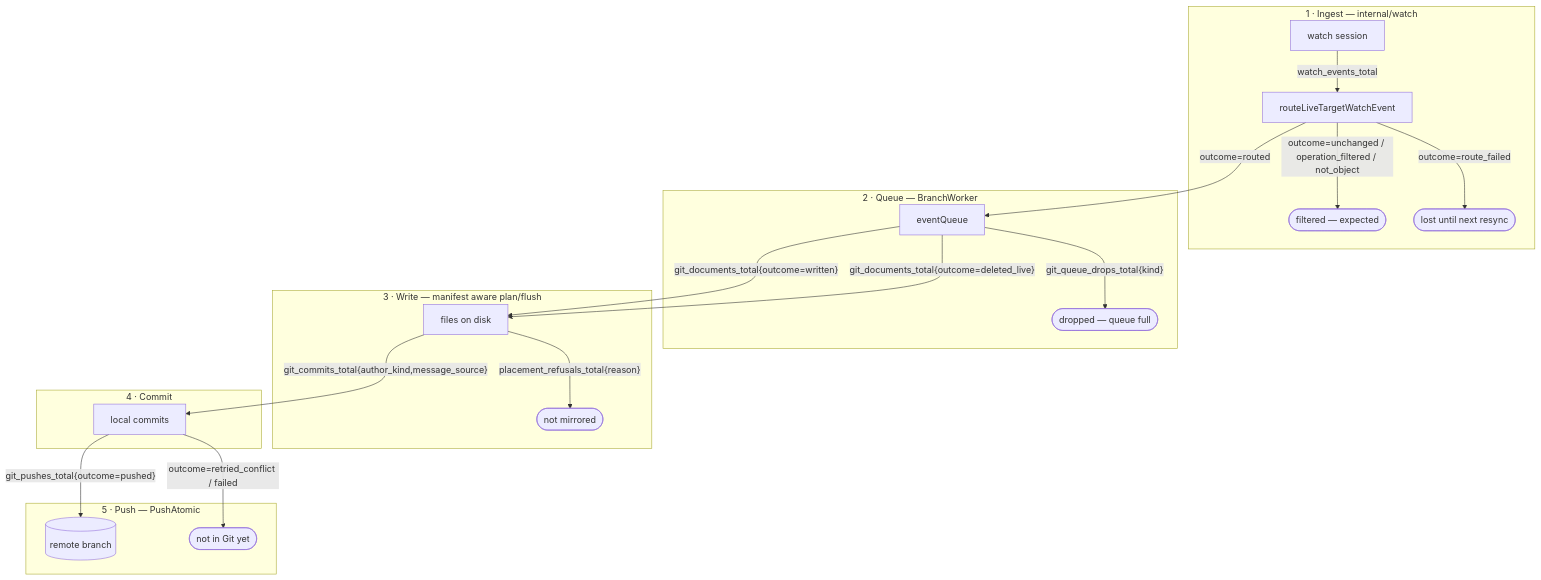
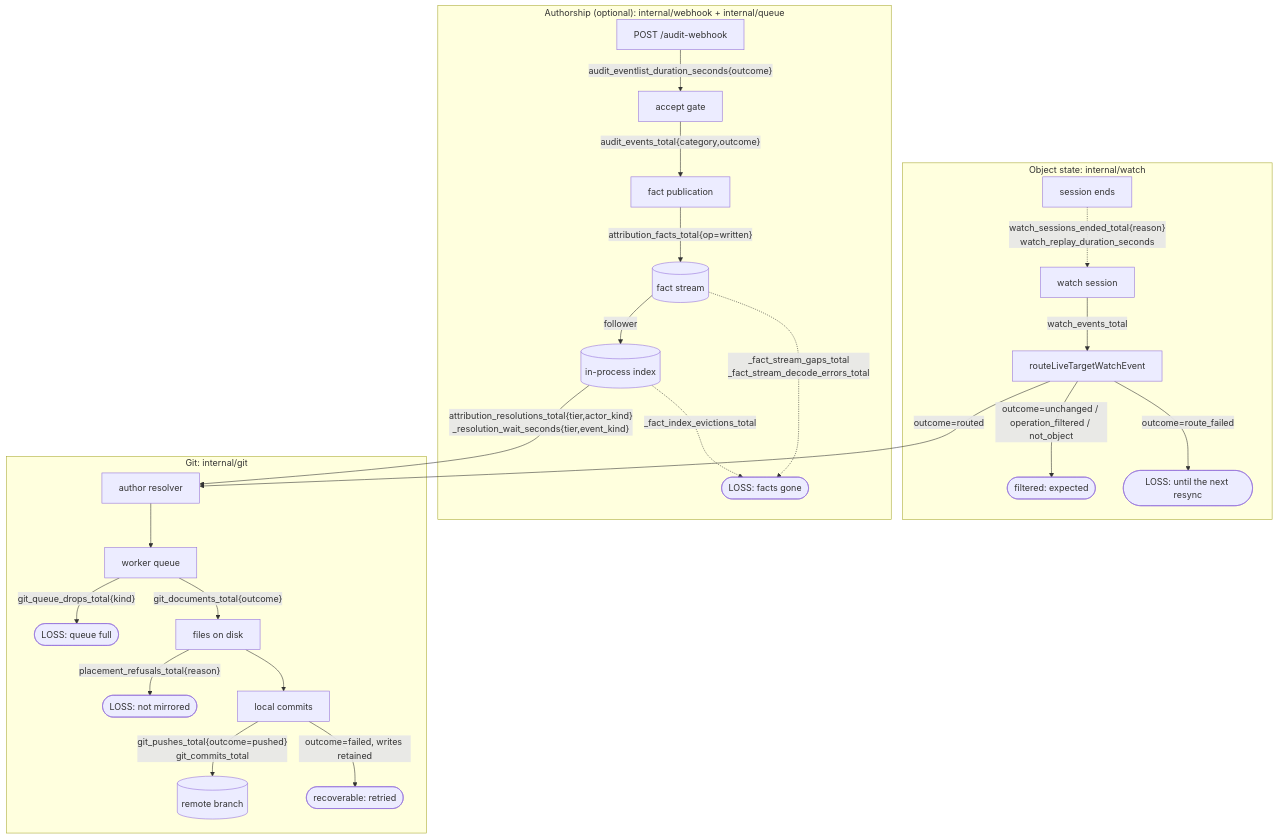
One commit to ConfigButler/gitops-reverser changed the diagram in docs/design/metrics-observability-plan.md. Above: the diagram before and after it, drawn with Mermaid. The commit also changed other lines of this file and 39 other files, not shown here.

First line of the commit message:
feat(metrics)!: instrument the ingest stage, the audit door, and remote clusters

````diff
--- a/docs/design/metrics-observability-plan.md
+++ b/docs/design/metrics-observability-plan.md
@@ -174,24 +209,28 @@
 ```mermaid
 flowchart TB
-    subgraph INGEST["1 · Ingest — internal/watch"]
+    subgraph WATCHPATH["Object state: internal/watch"]
         W["watch session"] -->|"watch_events_total"| R["routeLiveTargetWatchEvent"]
-        R -->|"outcome=unchanged / operation_filtered / not_object"| DROPF(["filtered — expected"])
-        R -->|"outcome=route_failed"| DROPR(["lost until next resync"])
+        WS["session ends"] -.->|"watch_sessions_ended_total{reason}<br/>watch_replay_duration_seconds"| W
+        R -->|"outcome=unchanged / operation_filtered / not_object"| DROPF(["filtered: expected"])
+        R -->|"outcome=route_failed"| DROPR(["LOSS: until the next resync"])
     end
-    subgraph QUEUE["2 · Queue — BranchWorker"]
-        R -->|"outcome=routed"| Q["eventQueue"]
-        Q -->|"git_queue_drops_total{kind}"| DROPQ(["dropped — queue full"])
+    subgraph AUDITPATH["Authorship (optional): internal/webhook + internal/queue"]
+        A["POST /audit-webhook"] -->|"audit_eventlist_duration_seconds{outcome}"| AG["accept gate"]
+        AG -->|"audit_events_total{category,outcome}"| AF["fact publication"]
+        AF -->|"attribution_facts_total{op=written}"| AS[("fact stream")]
+        AS -->|"follower"| AI[("in-process index")]
+        AS -.->|"_fact_stream_gaps_total<br/>_fact_stream_decode_errors_total"| ALOSS(["LOSS: facts gone"])
+        AI -.->|"_fact_index_evictions_total"| ALOSS
     end
-    subgraph WRITE["3 · Write — manifest aware plan/flush"]
-        Q -->|"git_documents_total{outcome=written}"| F["files on disk"]
-        Q -->|"git_documents_total{outcome=deleted_live}"| F
-        F -->|"placement_refusals_total{reason}"| DROPP(["not mirrored"])
-    end
-    subgraph COMMIT["4 · Commit"]
-        F -->|"git_commits_total{author_kind,message_source}"| C["local commits"]
-    end
-    subgraph PUSH["5 · Push — PushAtomic"]
-        C -->|"git_pushes_total{outcome=pushed}"| G[("remote branch")]
-        C -->|"outcome=retried_conflict / failed"| DROPU(["not in Git yet"])
+    R -->|"outcome=routed"| RES["author resolver"]
+    AI -->|"attribution_resolutions_total{tier,actor_kind}<br/>_resolution_wait_seconds{tier,event_kind}"| RES
+    subgraph GITPATH["Git: internal/git"]
+        RES --> Q["worker queue"]
+        Q -->|"git_queue_drops_total{kind}"| DROPQ(["LOSS: queue full"])
+        Q -->|"git_documents_total{outcome}"| F["files on disk"]
+        F -->|"placement_refusals_total{reason}"| DROPP(["LOSS: not mirrored"])
+        F --> C["local commits"]
+        C -->|"git_pushes_total{outcome=pushed}<br/>git_commits_total"| G[("remote branch")]
+        C -->|"outcome=failed, writes retained"| RETRY(["recoverable: retried"])
     end
 ```
````
